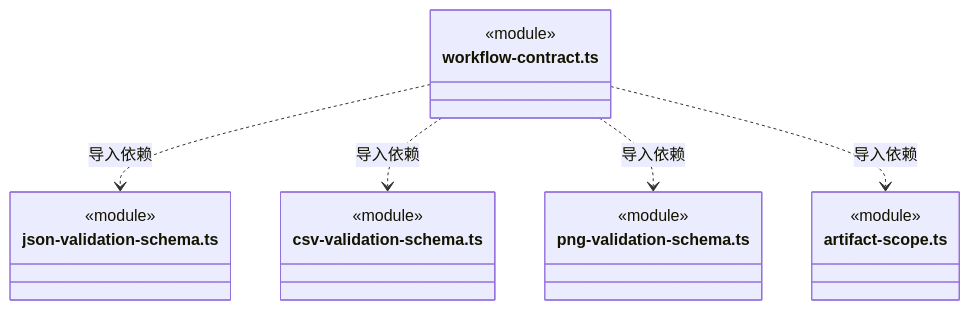
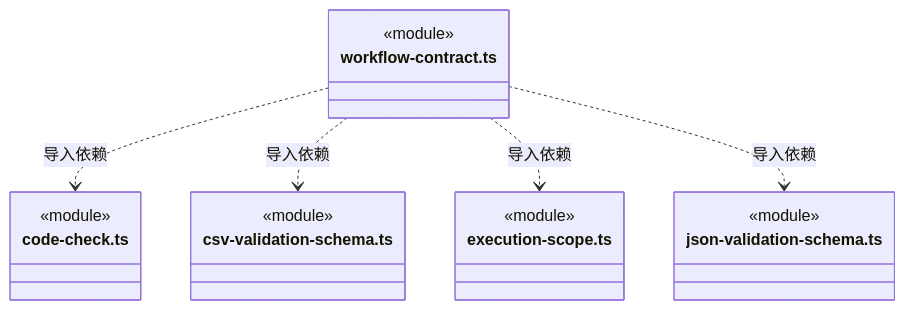
Before and after one commit to nan023062/cbim: diagram 39 of 40 in src/logic/workspace/rules/ARCHITECTURE.md, drawn with Mermaid. The commit also changed other lines of this file and 112 other files, not shown here.

Commit message:
docs: align source architecture with current declarations and contracts

````diff
--- a/src/logic/workspace/rules/ARCHITECTURE.md
+++ b/src/logic/workspace/rules/ARCHITECTURE.md
@@ -1062,22 +1059,22 @@
 ```mermaid
 classDiagram
 class N_src_logic_workspace_rules_workflow_contract_ts["workflow-contract.ts"] {
   <<module>>
 }
-class N_src_logic_workspace_rules_json_validation_schema_ts["json-validation-schema.ts"] {
+class N_src_logic_workspace_rules_code_check_ts["code-check.ts"] {
   <<module>>
 }
 class N_src_logic_workspace_rules_csv_validation_schema_ts["csv-validation-schema.ts"] {
   <<module>>
 }
-class N_src_logic_workspace_rules_png_validation_schema_ts["png-validation-schema.ts"] {
+class N_src_logic_workspace_rules_execution_scope_ts["execution-scope.ts"] {
   <<module>>
 }
-class N_src_logic_workspace_rules_artifact_scope_ts["artifact-scope.ts"] {
+class N_src_logic_workspace_rules_json_validation_schema_ts["json-validation-schema.ts"] {
   <<module>>
 }
+N_src_logic_workspace_rules_workflow_contract_ts ..> N_src_logic_workspace_rules_code_check_ts : 导入依赖
+N_src_logic_workspace_rules_workflow_contract_ts ..> N_src_logic_workspace_rules_csv_validation_schema_ts : 导入依赖
+N_src_logic_workspace_rules_workflow_contract_ts ..> N_src_logic_workspace_rules_execution_scope_ts : 导入依赖
 N_src_logic_workspace_rules_workflow_contract_ts ..> N_src_logic_workspace_rules_json_validation_schema_ts : 导入依赖
-N_src_logic_workspace_rules_workflow_contract_ts ..> N_src_logic_workspace_rules_csv_validation_schema_ts : 导入依赖
-N_src_logic_workspace_rules_workflow_contract_ts ..> N_src_logic_workspace_rules_png_validation_schema_ts : 导入依赖
-N_src_logic_workspace_rules_workflow_contract_ts ..> N_src_logic_workspace_rules_artifact_scope_ts : 导入依赖
 ```
````
